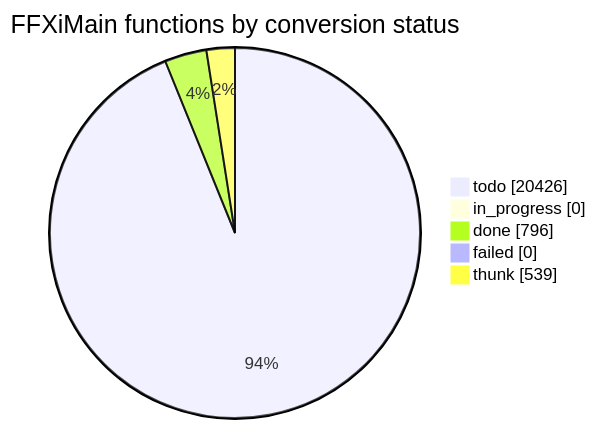
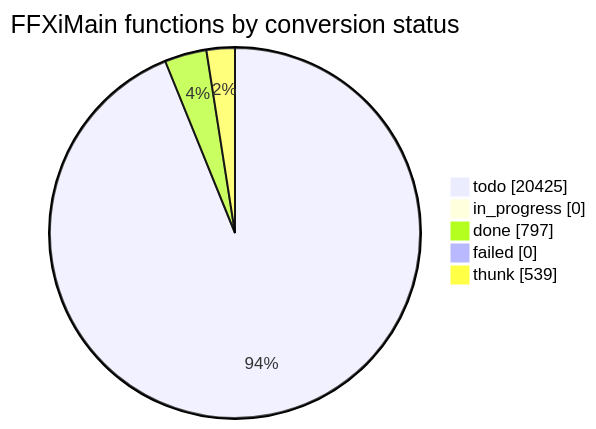
The diagram in docs/cow/STATUS.md (cowrevenge/cow_kuluu_xi_anything), drawn with Mermaid before and after one commit. The commit also changed other lines of this file and 9 other files, not shown here.

````diff
--- a/docs/cow/STATUS.md
+++ b/docs/cow/STATUS.md
@@ -18,9 +18,9 @@
 ```mermaid
 pie showData
     title FFXiMain functions by conversion status
-    "todo" : 20426
+    "todo" : 20425
     "in_progress" : 0
-    "done" : 796
+    "done" : 797
     "failed" : 0
     "thunk" : 539
 ```
````
